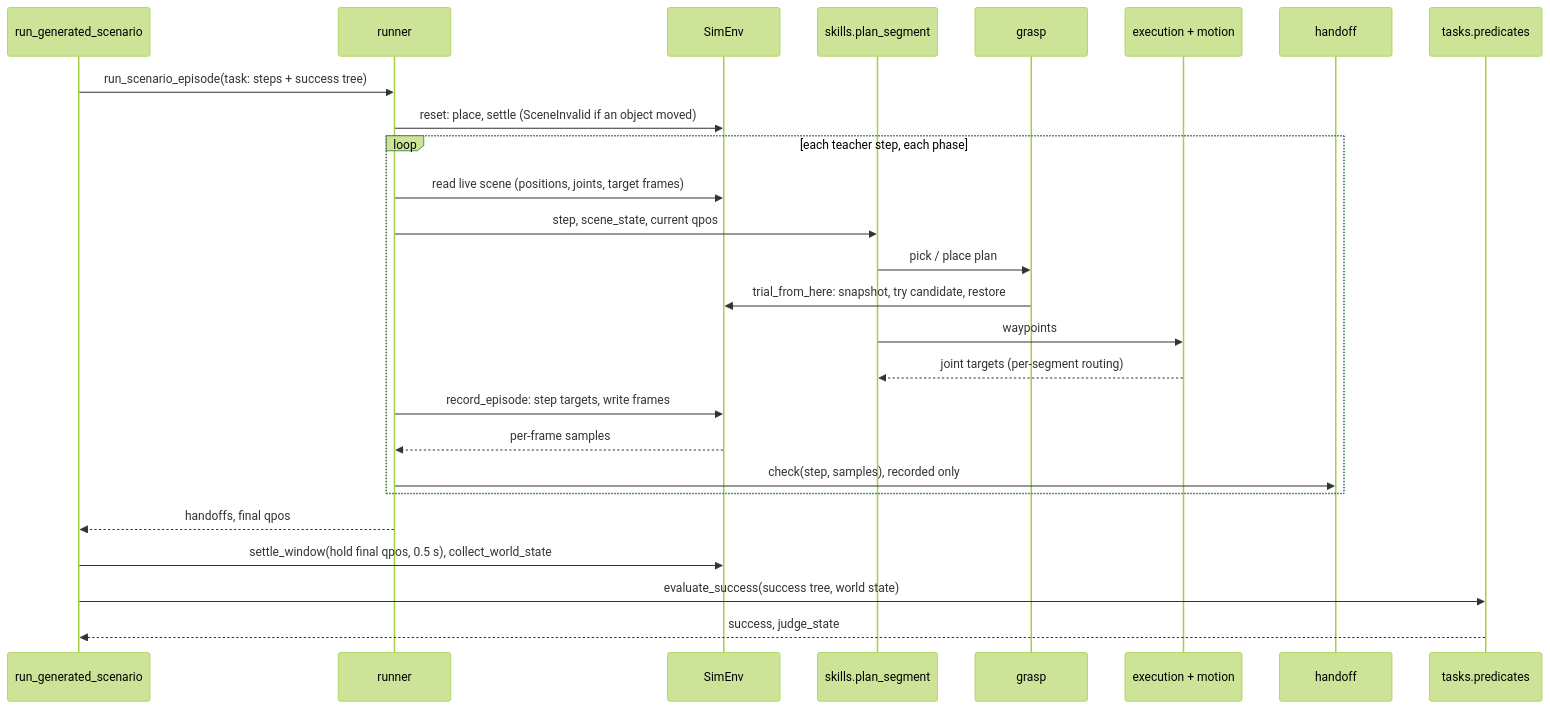
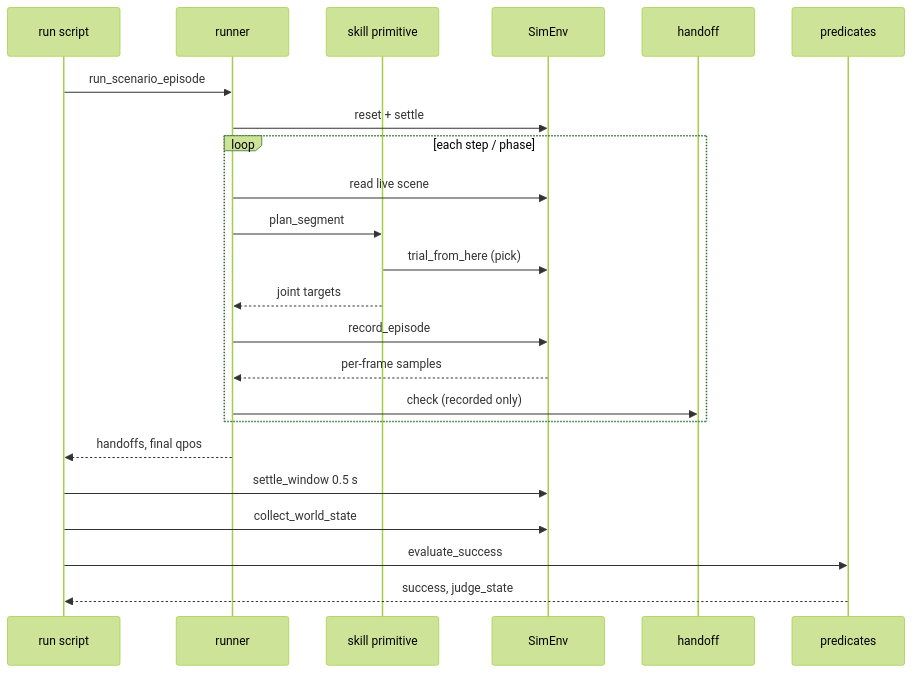
The third of 4 diagrams in docs/design.md (ZJLi2013/RoboSmith), drawn with Mermaid (forest theme) before and after one commit. The commit also changed other lines of this file and 1 other file, not shown here.

Commit message:
docs(design): component view top-down and a six-lane episode sequence so both stay readable at page width

````diff
--- a/docs/design.md
+++ b/docs/design.md
@@ -209,28 +213,25 @@
 ```mermaid
 sequenceDiagram
-    participant S as run_generated_scenario
+    participant S as run script
     participant R as runner
+    participant K as skill primitive
     participant E as SimEnv
-    participant K as skills.plan_segment
-    participant G as grasp
-    participant M as execution + motion
     participant H as handoff
-    participant J as tasks.predicates
-    S->>R: run_scenario_episode(task: steps + success tree)
-    R->>E: reset: place, settle (SceneInvalid if an object moved)
-    loop each teacher step, each phase
-        R->>E: read live scene (positions, joints, target frames)
-        R->>K: step, scene_state, current qpos
-        K->>G: pick / place plan
-        G->>E: trial_from_here: snapshot, try candidate, restore
-        K->>M: waypoints
-        M-->>K: joint targets (per-segment routing)
-        R->>E: record_episode: step targets, write frames
+    participant J as predicates
+    S->>R: run_scenario_episode
+    R->>E: reset + settle
+    loop each step / phase
+        R->>E: read live scene
+        R->>K: plan_segment
+        K->>E: trial_from_here (pick)
+        K-->>R: joint targets
+        R->>E: record_episode
         E-->>R: per-frame samples
-        R->>H: check(step, samples), recorded only
+        R->>H: check (recorded only)
     end
     R-->>S: handoffs, final qpos
-    S->>E: settle_window(hold final qpos, 0.5 s), collect_world_state
-    S->>J: evaluate_success(success tree, world state)
+    S->>E: settle_window 0.5 s
+    S->>E: collect_world_state
+    S->>J: evaluate_success
     J-->>S: success, judge_state
 ```
````
